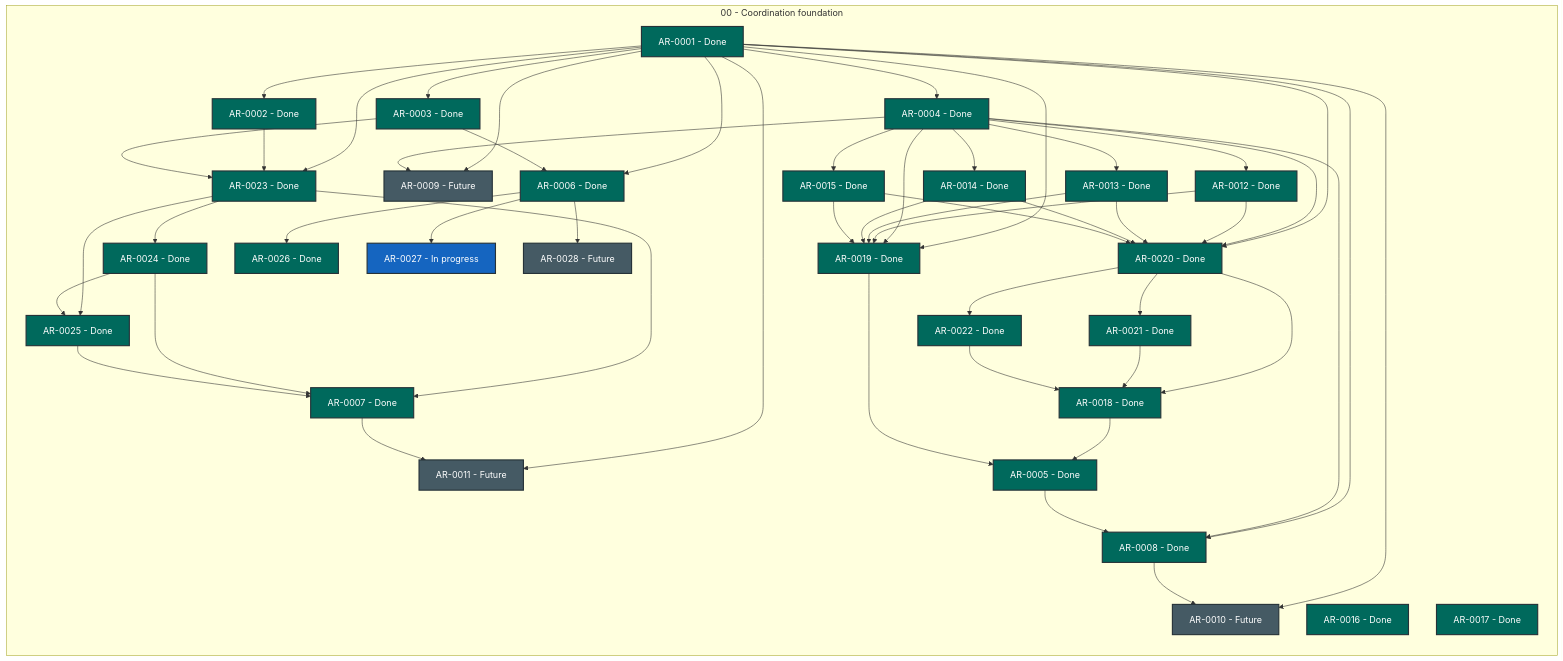
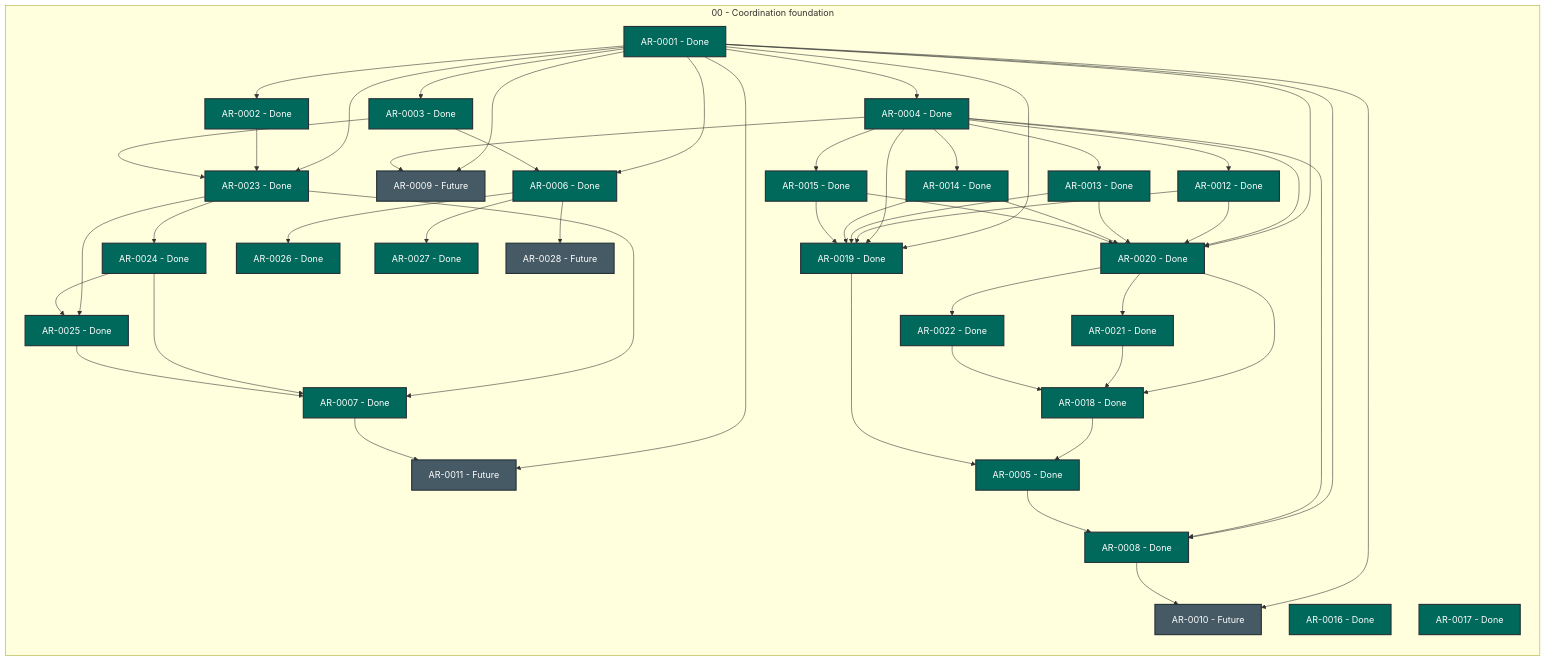
The diagram in STATUS.md (martin-beck/agent-workflow-quality-state), drawn with Mermaid before and after one commit. The commit also changed other lines of this file and 2 other files, not shown here.

```diff
--- a/STATUS.md
+++ b/STATUS.md
@@ -54,7 +54,7 @@
         AR_0024["AR-0024 - Done"]:::status_done
         AR_0025["AR-0025 - Done"]:::status_done
         AR_0026["AR-0026 - Done"]:::status_done
-        AR_0027["AR-0027 - In progress"]:::status_in_progress
+        AR_0027["AR-0027 - Done"]:::status_done
         AR_0028["AR-0028 - Future"]:::status_future
     end
     AR_0001 --> AR_0002
```
